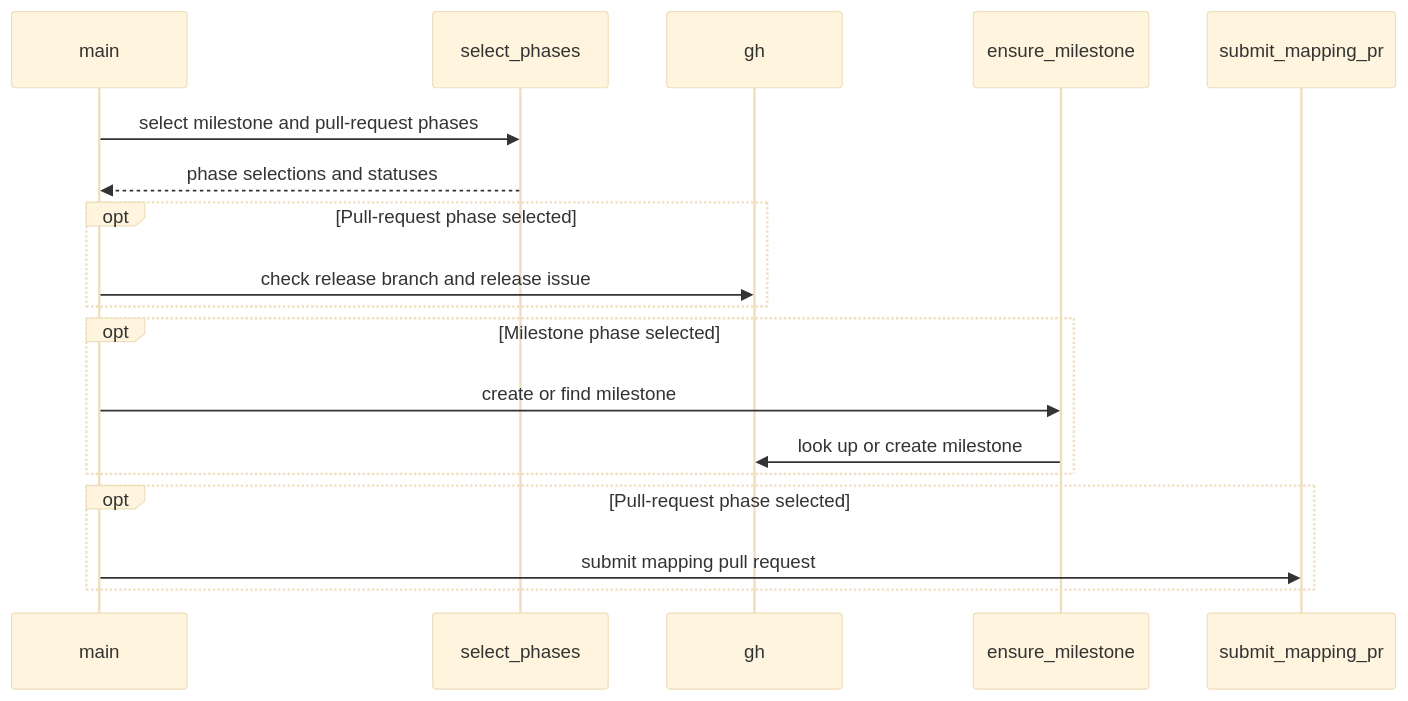
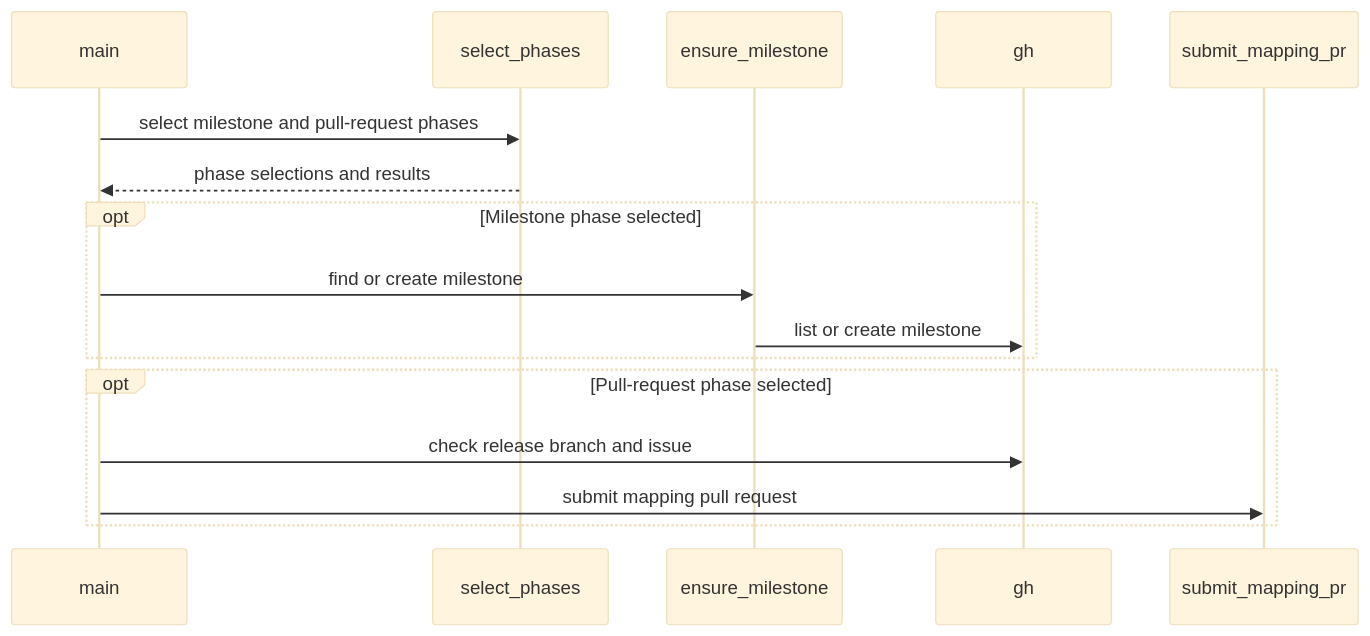
The diagram in raw/github/kubernetes-sigs__kueue/pr-16927.md (reruno/kueue-llm-wiki), drawn with Mermaid (base theme) before and after one commit. The commit also changed other lines of this file and 952 other files, not shown here.

````diff
--- a/raw/github/kubernetes-sigs__kueue/pr-16927.md
+++ b/raw/github/kubernetes-sigs__kueue/pr-16927.md
@@ -264,20 +219,18 @@
 ```mermaid
 sequenceDiagram
   participant main
   participant select_phases
+  participant ensure_milestone
   participant gh
-  participant ensure_milestone
   participant submit_mapping_pr
   main->>select_phases: select milestone and pull-request phases
-  select_phases-->>main: phase selections and statuses
-  opt Pull-request phase selected
-    main->>gh: check release branch and release issue
-  end
+  select_phases-->>main: phase selections and results
   opt Milestone phase selected
-    main->>ensure_milestone: create or find milestone
-    ensure_milestone->>gh: look up or create milestone
+    main->>ensure_milestone: find or create milestone
+    ensure_milestone->>gh: list or create milestone
   end
   opt Pull-request phase selected
+    main->>gh: check release branch and issue
     main->>submit_mapping_pr: submit mapping pull request
   end
 ```
````
